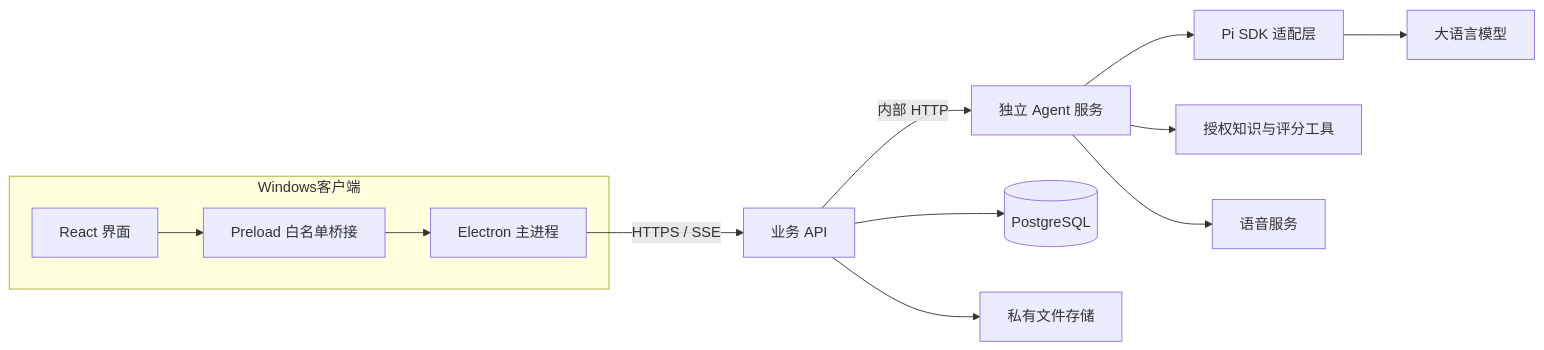
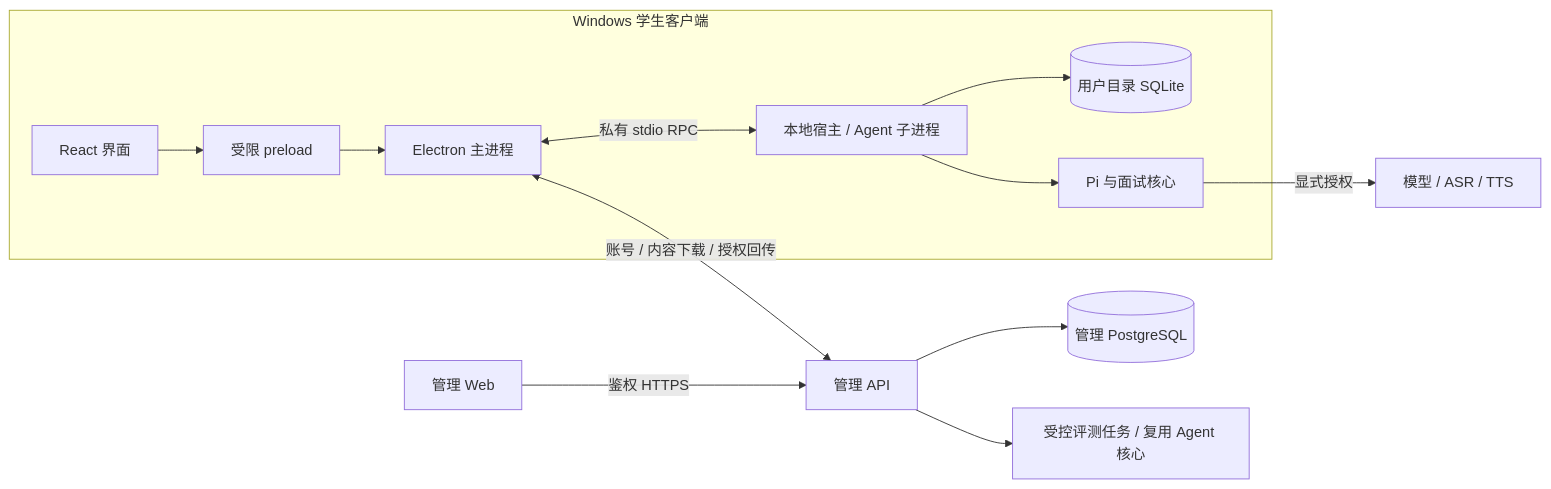
One commit to k65010825-ship-it/AI-self-evolving-simulated-interview changed the diagram in README.md. Above: the diagram before and after it, drawn with Mermaid. The commit also changed other lines of this file and 7 other files, not shown here.

First line of the commit message:
docs: clarify local Agent and dual-client collaboration architecture

````diff
--- a/README.md
+++ b/README.md
@@ -87,15 +77,15 @@
 ```mermaid
 flowchart LR
-  subgraph Windows客户端
-    UI[React 界面] --> Bridge[Preload 白名单桥接]
-    Bridge --> Main[Electron 主进程]
+  subgraph Student[Windows 学生客户端]
+    UI[React 界面] --> Preload[受限 preload]
+    Preload --> Main[Electron 主进程]
+    Main <-->|私有 stdio RPC| Host[本地宿主 / Agent 子进程]
+    Host --> Local[(用户目录 SQLite)]
+    Host --> Core[Pi 与面试核心]
   end
-  Main -->|HTTPS / SSE| API[业务 API]
-  API -->|内部 HTTP| Agent[独立 Agent 服务]
-  API --> DB[(PostgreSQL)]
-  API --> Files[私有文件存储]
-  Agent --> Pi[Pi SDK 适配层]
-  Agent --> Tools[授权知识与评分工具]
-  Pi --> Models[大语言模型]
-  Agent --> Speech[语音服务]
+  Core -->|显式授权| Provider[模型 / ASR / TTS]
+  Admin[管理 Web] -->|鉴权 HTTPS| API[管理 API]
+  Main <-->|账号 / 内容下载 / 授权回传| API
+  API --> PG[(管理 PostgreSQL)]
+  API --> Worker[受控评测任务 / 复用 Agent 核心]
 ```
````
